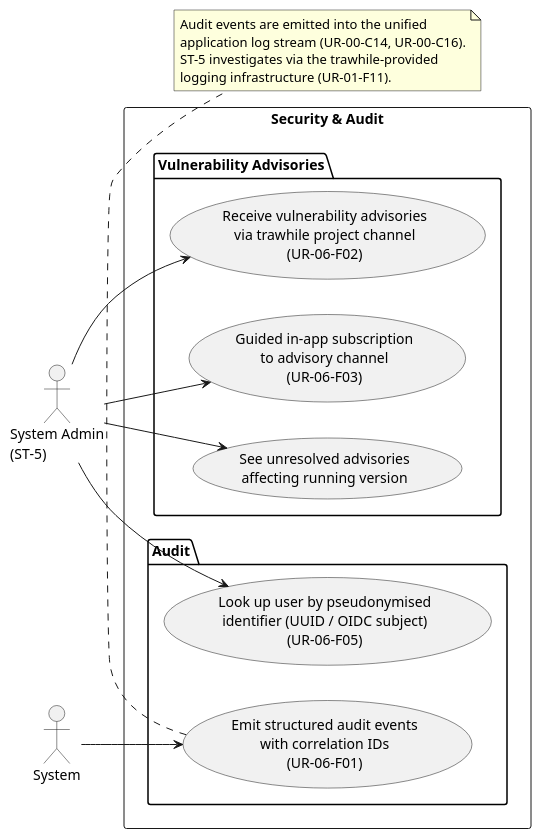
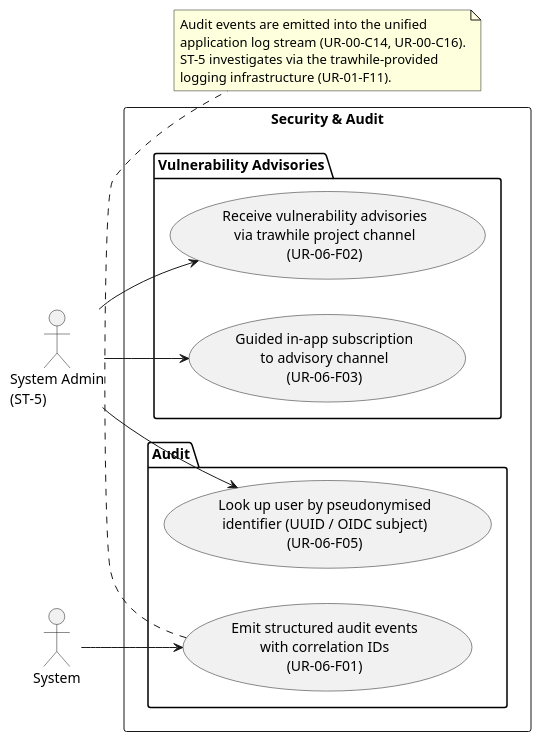
The tenth of 12 diagrams in docs/requirements-ur.md (uCore7/trawhile), drawn with PlantUML before and after one commit. The commit also changed other lines of this file and 6 other files, not shown here.

````diff
--- a/docs/requirements-ur.md
+++ b/docs/requirements-ur.md
@@ -602,34 +600,32 @@
 ```plantuml
 @startuml
 left to right direction
 
 actor "System Admin\n(ST-5)" as SysAdmin
 actor "System"               as System
 
 rectangle "Security & Audit" {
   package "Audit" {
     usecase "Emit structured audit events\nwith correlation IDs\n(UR-06-F01)"             as UC_EmitAudit
     usecase "Look up user by pseudonymised\nidentifier (UUID / OIDC subject)\n(UR-06-F05)" as UC_LookupUser
   }
   package "Vulnerability Advisories" {
     usecase "Receive vulnerability advisories\nvia trawhile project channel\n(UR-06-F02)"  as UC_Advisories
     usecase "Guided in-app subscription\nto advisory channel\n(UR-06-F03)"                 as UC_AdvSubscribe
-    usecase "See unresolved advisories\naffecting running version"            as UC_AdvUnresolved
   }
 }
 
 System   --> UC_EmitAudit
 SysAdmin --> UC_LookupUser
 SysAdmin --> UC_Advisories
 SysAdmin --> UC_AdvSubscribe
-SysAdmin --> UC_AdvUnresolved
 
 note bottom of UC_EmitAudit
   Audit events are emitted into the unified
   application log stream (UR-00-C14, UR-00-C16).
   ST-5 investigates via the trawhile-provided
   logging infrastructure (UR-01-F11).
 end note
 
 @enduml
 ```
````
